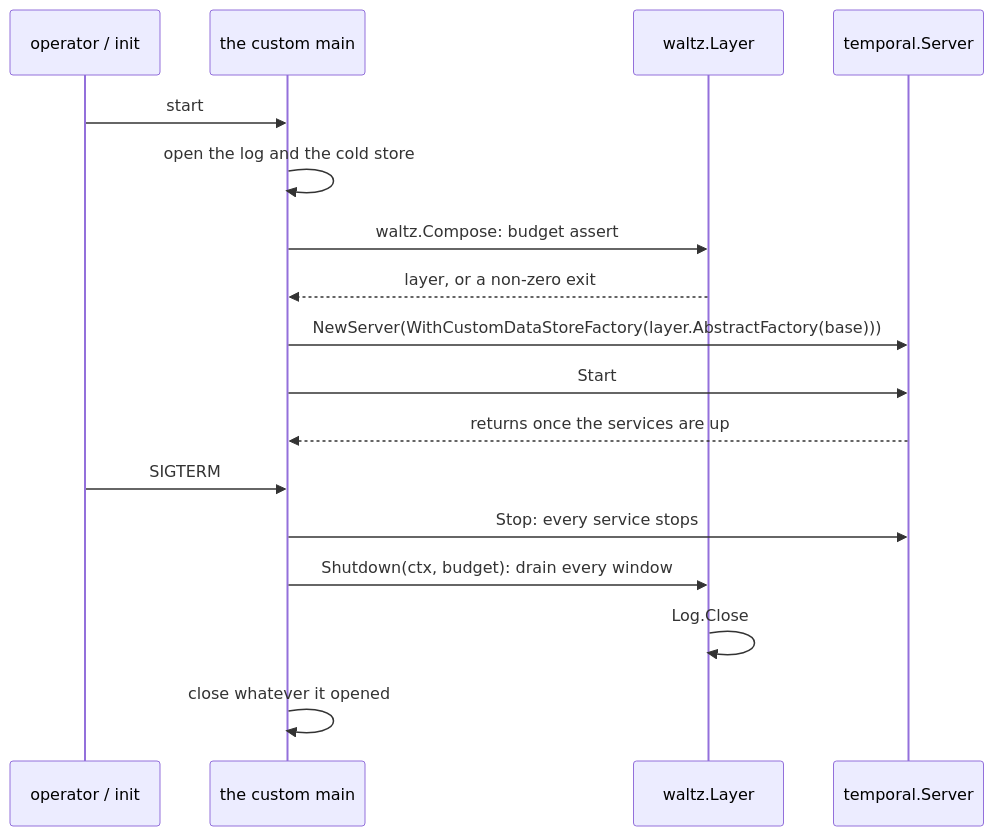
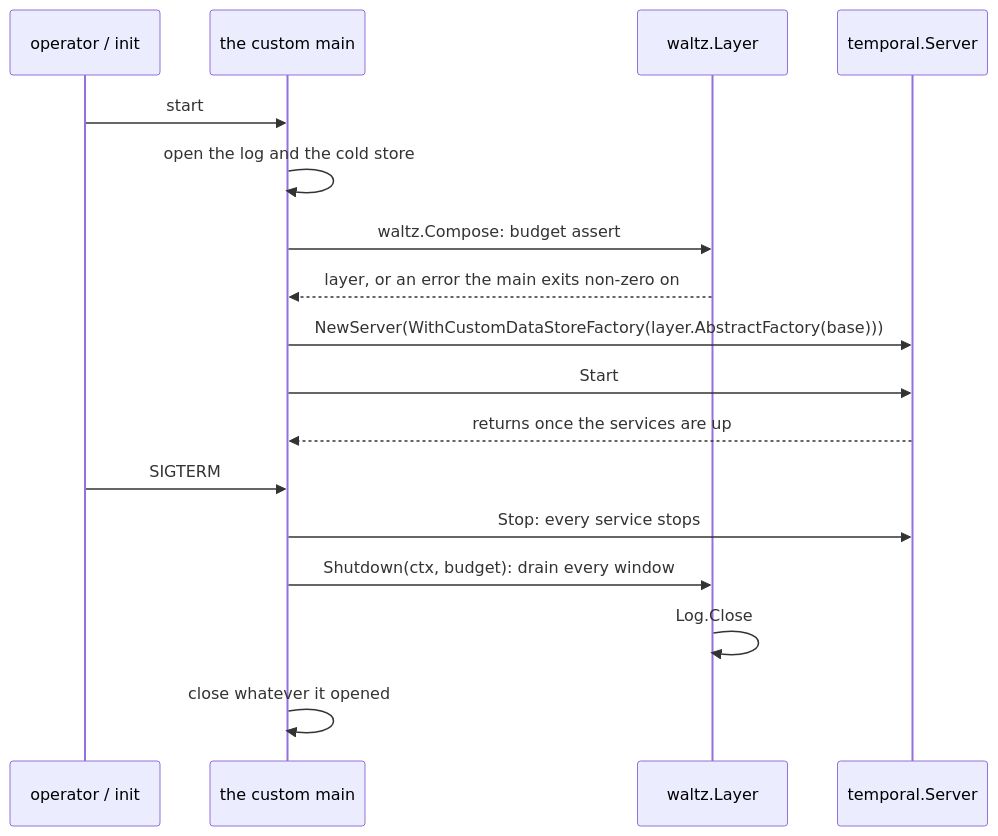
One commit to aromanovich/waltz changed the first of 2 diagrams in docs/handbook/09-operations.md. Above: the diagram before and after it, drawn with Mermaid. The commit also changed other lines of this file and 187 other files, not shown here.

````diff
--- a/docs/handbook/09-operations.md
+++ b/docs/handbook/09-operations.md
@@ -167,19 +69,19 @@
 ```mermaid
 sequenceDiagram
     participant Ops as operator / init
     participant Main as the custom main
     participant Layer as waltz.Layer
     participant Srv as temporal.Server
     Ops->>Main: start
     Main->>Main: open the log and the cold store
     Main->>Layer: waltz.Compose: budget assert
-    Layer-->>Main: layer, or a non-zero exit
+    Layer-->>Main: layer, or an error the main exits non-zero on
     Main->>Srv: NewServer(WithCustomDataStoreFactory(layer.AbstractFactory(base)))
     Main->>Srv: Start
     Srv-->>Main: returns once the services are up
     Ops->>Main: SIGTERM
     Main->>Srv: Stop: every service stops
     Main->>Layer: Shutdown(ctx, budget): drain every window
     Layer->>Layer: Log.Close
     Main->>Main: close whatever it opened
 ```
````
